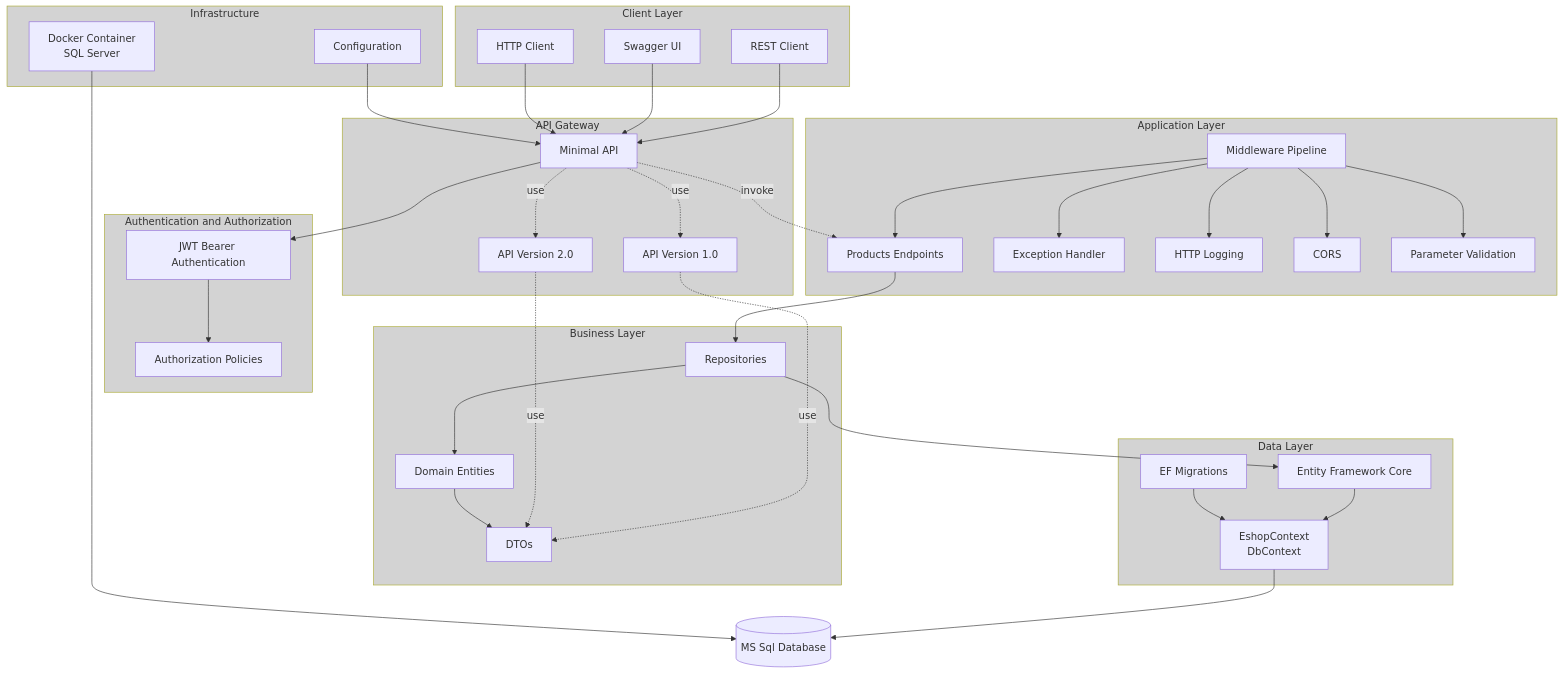
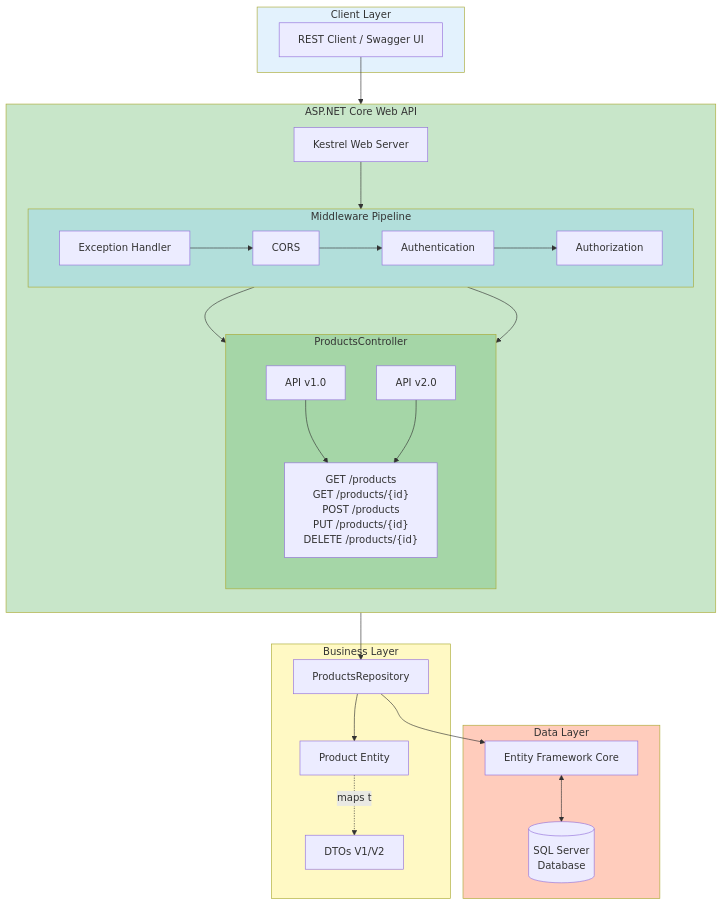
The diagram in README.md (harryho/eshop-api-dotnet-demo), drawn with Mermaid before and after one commit. The commit also changed other lines of this file and 6 other files, not shown here.

````diff
--- a/README.md
+++ b/README.md
@@ -7,96 +7,55 @@
 ```mermaid
-flowchart TB
-    subgraph ClientLayer["Client Layer"]
-        C1[REST Client]
-        C2[Swagger UI]
-        C3[HTTP Client]
+graph TB
+    subgraph Client["Client Layer"]
+        HTTP[REST Client / Swagger UI]
     end
 
-    subgraph APIGateway["API Gateway"]
-        API["Minimal API"]
-        V1[API Version 1.0]
-        V2[API Version 2.0]
+    subgraph API["ASP.NET Core Web API"]
+        direction TB
+        KESTREL[Kestrel Web Server]
+        
+        subgraph Middleware["Middleware Pipeline"]
+            direction LR
+            MW1[Exception Handler] --> MW2[CORS]
+            MW2 --> MW3[Authentication]
+            MW3 --> MW4[Authorization]
+        end
+        
+        subgraph Controller["ProductsController"]
+            direction TB
+            V1[API v1.0]
+            V2[API v2.0]
+            ACTIONS["GET /products<br/>GET /products/{id}<br/>POST /products<br/>PUT /products/{id}<br/>DELETE /products/{id}"]
+        end
+        
+        KESTREL --> Middleware
+        Middleware --> V1 & V2
+        V1 --> ACTIONS
+        V2 --> ACTIONS
     end
 
-    subgraph AuthLayer["Authentication and Authorization"]
-        JWT[JWT Bearer Authentication]
-        AUTH["Authorization Policies"]
+    subgraph Business["Business Layer"]
+        REPO[ProductsRepository]
+        ENTITY[Product Entity]
+        DTO[DTOs V1/V2]
     end
 
-    subgraph AppLayer["Application Layer"]
-        ENDPOINTS["Products Endpoints"]
-        MIDDLEWARE["Middleware Pipeline"]
-        E1["Exception Handler"]
-        E2["HTTP Logging"]
-        E3["CORS"]
-        E4["Parameter Validation"]
+    subgraph Data["Data Layer"]
+        EF[Entity Framework Core]
+        DB[(SQL Server<br/>Database)]
     end
 
-    subgraph BusinessLayer["Business Layer"]
-        REPO["Repositories"]
-        ENTITIES["Domain Entities"]
-        DTOS["DTOs"]
-    end
+    HTTP --> KESTREL
+    ACTIONS --> REPO
+    REPO --> ENTITY
+    ENTITY -.maps to.-> DTO
+    REPO --> EF
+    EF <--> DB
 
-    subgraph DataLayer["Data Layer"]
-        EF[Entity Framework Core]
-        CONTEXT["EshopContext<br/>DbContext"]
-        MIGRATIONS["EF Migrations"]
-    end
-
-    subgraph Infrastructure["Infrastructure"]
-        DOCKER["Docker Container<br/>SQL Server"]
-        CONFIG["Configuration"]
-    end
-
-    Database[("MS Sql Database")]
-
-    %% Client connections
-    C1 --> API
-    C2 --> API
-    C3 --> API
-
-    %% API flow
-    API --> JWT
-    API -. use .-> V1
-    API -. use .-> V2
-    API -. invoke .->ENDPOINTS
-    V1 -. use .-> DTOS
-    V2 -. use .-> DTOS
-
-
-    %% Authentication flow
-    JWT --> AUTH
-
-
-    %% Application flow
-    MIDDLEWARE --> ENDPOINTS
-    MIDDLEWARE --> E1
-    MIDDLEWARE --> E2
-    MIDDLEWARE --> E3
-    MIDDLEWARE --> E4
-    ENDPOINTS --> REPO
-    REPO --> ENTITIES
-    ENTITIES --> DTOS
-
-    %% Data flow
-    REPO --> EF
-    EF --> CONTEXT
-    MIGRATIONS --> CONTEXT
-    CONTEXT --> Database
-
-    %% Infrastructure
-    DOCKER --> Database
-    CONFIG --> API
-
-    %% Styling
-    style AppLayer fill:#d3d3d3
-    style BusinessLayer fill:#d3d3d3
-    style Infrastructure fill:#d3d3d3
-    style APIGateway fill:#d3d3d3
-    style DataLayer fill:#d3d3d3
-    style AuthLayer fill:#d3d3d3
-    style ClientLayer fill:#d3d3d3
-
-
+    style Client fill:#e3f2fd
+    style API fill:#c8e6c9
+    style Middleware fill:#b2dfdb
+    style Controller fill:#a5d6a7
+    style Business fill:#fff9c4
+    style Data fill:#ffccbc
 ```
````
